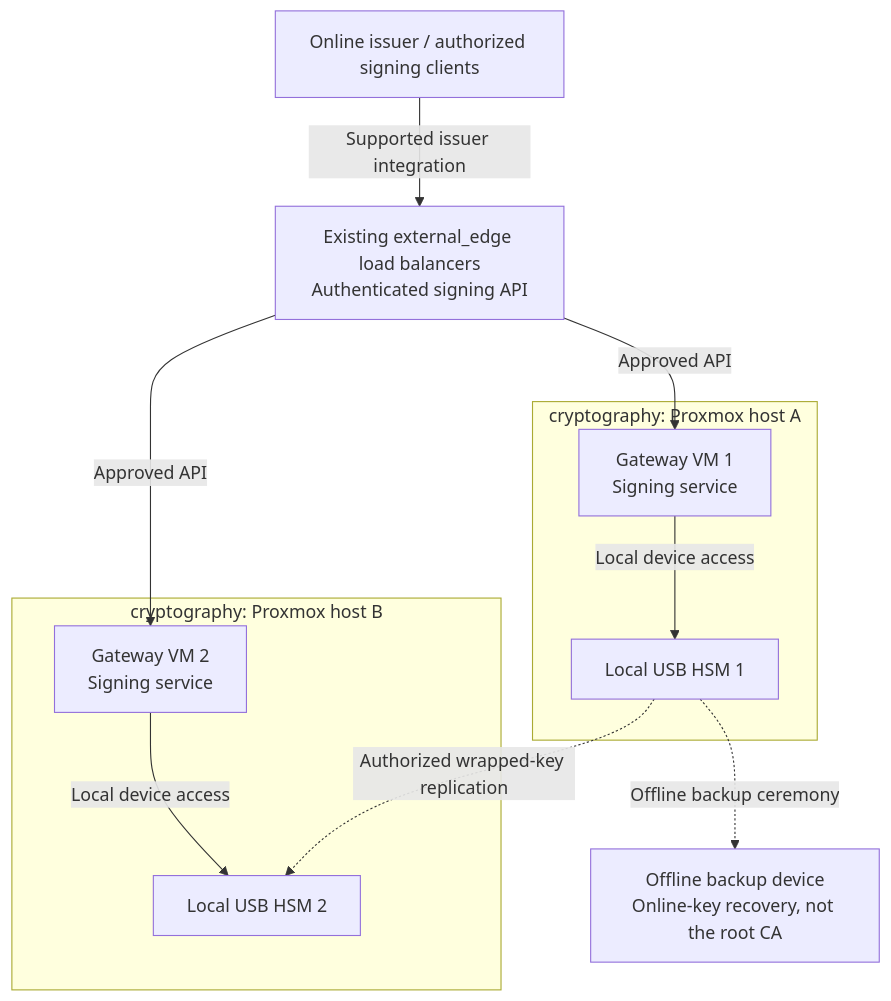
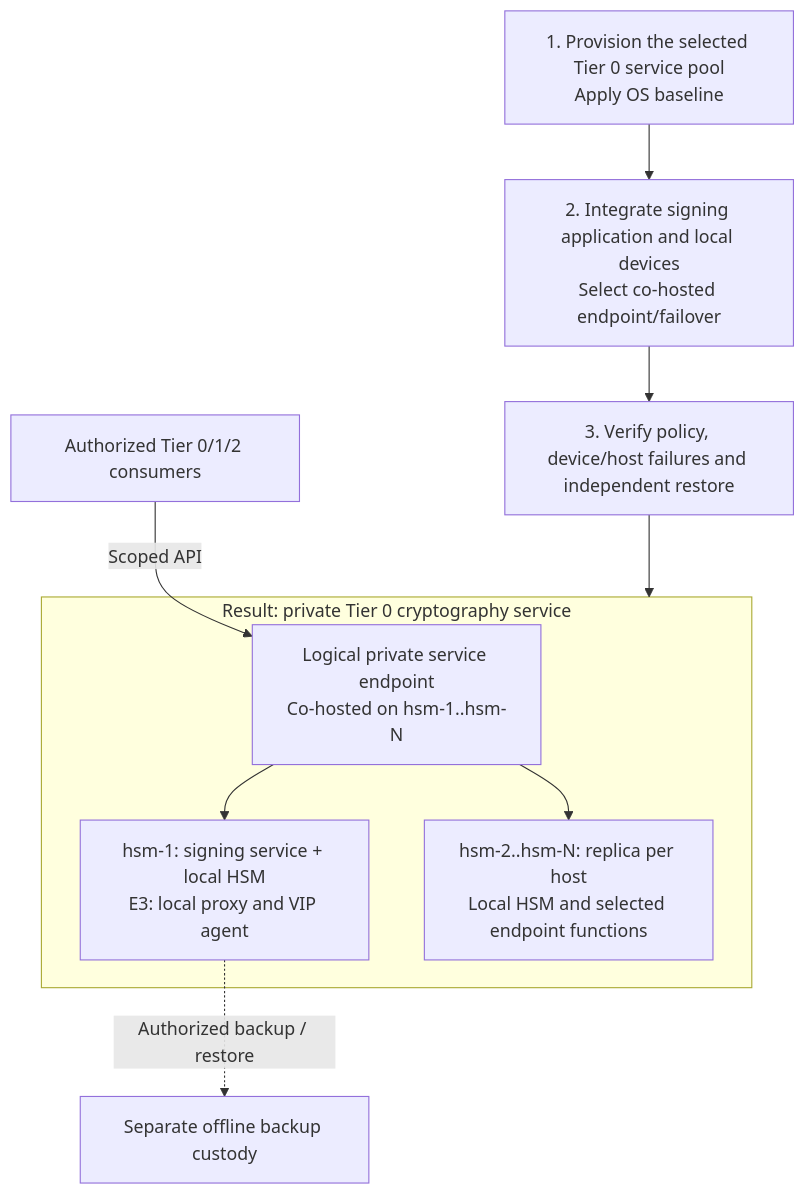
One commit to Rexus/homelab changed the diagram in docs/deployment/stage-2-trust/step-1b-usb-hsm.md. Above: the diagram before and after it, drawn with Mermaid. The commit also changed other lines of this file and 104 other files, not shown here.

First line of the commit message:
refactor(tiers)!: align edge ownership and HSM scaling

````diff
--- a/docs/deployment/stage-2-trust/step-1b-usb-hsm.md
+++ b/docs/deployment/stage-2-trust/step-1b-usb-hsm.md
@@ -64,21 +55,18 @@
 ```mermaid
 flowchart TB
-  Clients["Online issuer / authorized signing clients"]
-  Edge["Existing external_edge load balancers<br/>Authenticated signing API"]
-  subgraph HostA["cryptography: Proxmox host A"]
-    A["Gateway VM 1<br/>Signing service"]
-    H1["Local USB HSM 1"]
-    A -->|Local device access| H1
+  Prepare["1. Provision the selected Tier 0 service pool<br/>Apply OS baseline"]
+  Integrate["2. Integrate signing application and local devices<br/>Select co-hosted endpoint/failover"]
+  Accept["3. Verify policy, device/host failures and independent restore"]
+  Prepare --> Integrate --> Accept
+  subgraph T0["Result: private Tier 0 cryptography service"]
+    Endpoint["Logical private service endpoint<br/>Co-hosted on hsm-1..hsm-N"]
+    A["hsm-1: signing service + local HSM<br/>E3: local proxy and VIP agent"]
+    B["hsm-2..hsm-N: replica per host<br/>Local HSM and selected endpoint functions"]
+    Endpoint --> A
+    Endpoint --> B
   end
-  subgraph HostB["cryptography: Proxmox host B"]
-    B["Gateway VM 2<br/>Signing service"]
-    H2["Local USB HSM 2"]
-    B -->|Local device access| H2
-  end
-  Backup["Offline backup device<br/>Online-key recovery, not the root CA"]
-  Clients -->|Supported issuer integration| Edge
-  Edge -->|Approved API| A
-  Edge -->|Approved API| B
-  H1 -. Authorized wrapped-key replication .-> H2
-  H1 -. Offline backup ceremony .-> Backup
+  Accept --> T0
+  Consumers["Authorized Tier 0/1/2 consumers"] -->|Scoped API| Endpoint
+  Recovery["Separate offline backup custody"]
+  A -. Authorized backup / restore .-> Recovery
 ```
````
